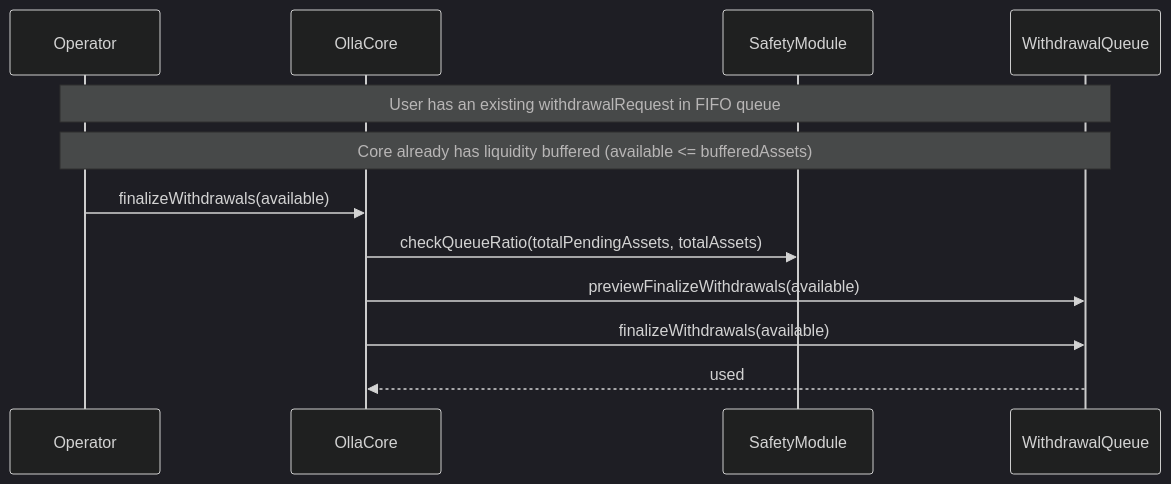
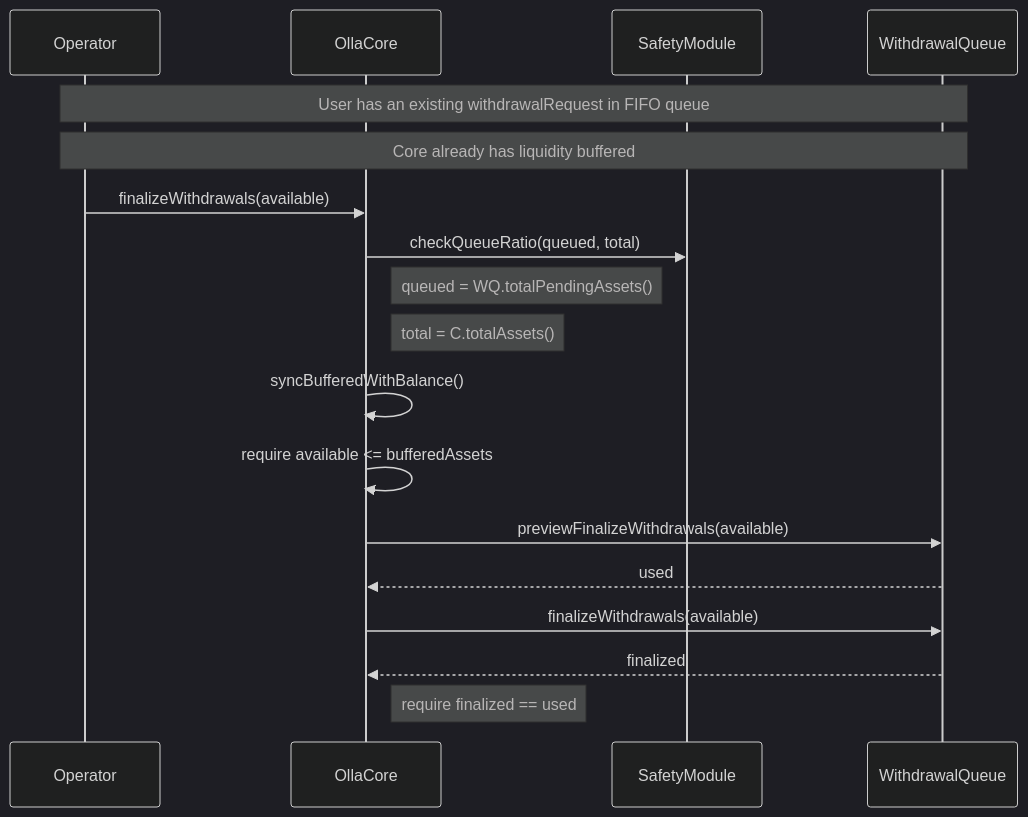
The fifth of 6 diagrams in mermaid-diagrams.md (ollafinance/core), drawn with Mermaid (dark theme) before and after one commit. The commit also changed other lines of this file, not shown here.

````diff
--- a/mermaid-diagrams.md
+++ b/mermaid-diagrams.md
@@ -179,16 +195,22 @@
 ```mermaid
 sequenceDiagram
     participant OP as Operator
     participant C as OllaCore
-    participant SM as SafetyModule
+    participant SAF as SafetyModule
     participant WQ as WithdrawalQueue
 
     Note over OP,WQ: User has an existing withdrawalRequest in FIFO queue
-    Note over OP,WQ: Core already has liquidity buffered (available <= bufferedAssets)
+    Note over OP,WQ: Core already has liquidity buffered
 
     OP->>C: finalizeWithdrawals(available)
-    C->>SM: checkQueueRatio(totalPendingAssets, totalAssets)
+    C->>SAF: checkQueueRatio(queued, total)
+    Note right of C: queued = WQ.totalPendingAssets()
+    Note right of C: total = C.totalAssets()
+    C->>C: syncBufferedWithBalance()
+    C->>C: require available <= bufferedAssets
     C->>WQ: previewFinalizeWithdrawals(available)
+    WQ-->>C: used
     C->>WQ: finalizeWithdrawals(available)
-    WQ-->>C: used
+    WQ-->>C: finalized
+    Note right of C: require finalized == used
 ```
````
